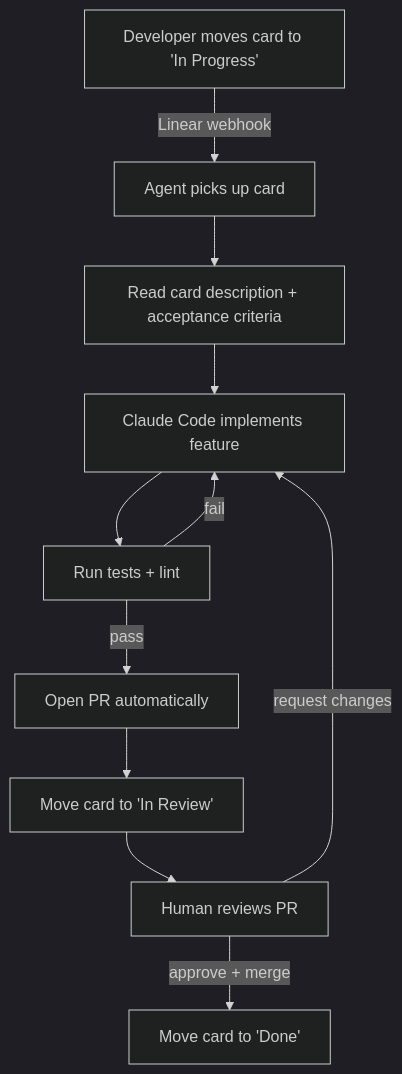
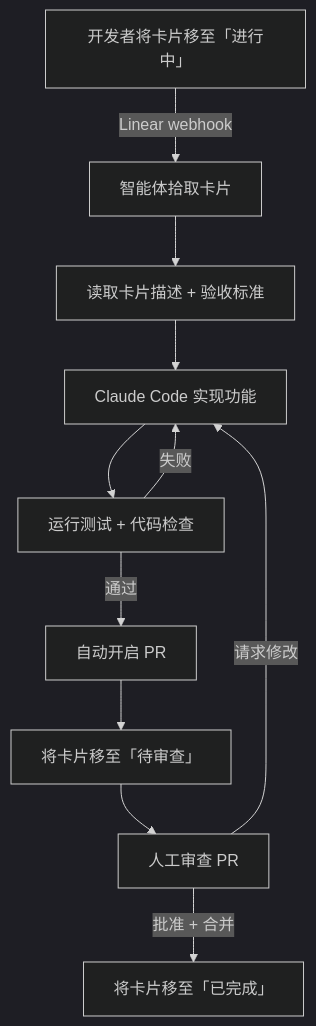
The second of 2 diagrams in claude-code/workflows/event-driven-agents.md (lawrencewzen/aispark-wiki), drawn with Mermaid (dark theme) before and after one commit. The commit also changed other lines of this file and 82 other files, not shown here.

First line of the commit message:
feat: 完成 claude-code/ 目录全量中文翻译

````diff
--- a/claude-code/workflows/event-driven-agents.md
+++ b/claude-code/workflows/event-driven-agents.md
@@ -61,13 +61,13 @@
 ```mermaid
 flowchart TD
-    A[Developer moves card to 'In Progress'] -->|Linear webhook| B[Agent picks up card]
-    B --> C[Read card description + acceptance criteria]
-    C --> D[Claude Code implements feature]
-    D --> E[Run tests + lint]
-    E -->|pass| F[Open PR automatically]
-    E -->|fail| D
-    F --> G[Move card to 'In Review']
-    G --> H[Human reviews PR]
-    H -->|approve + merge| I[Move card to 'Done']
-    H -->|request changes| D
+    A[开发者将卡片移至「进行中」] -->|Linear webhook| B[智能体拾取卡片]
+    B --> C[读取卡片描述 + 验收标准]
+    C --> D[Claude Code 实现功能]
+    D --> E[运行测试 + 代码检查]
+    E -->|通过| F[自动开启 PR]
+    E -->|失败| D
+    F --> G[将卡片移至「待审查」]
+    G --> H[人工审查 PR]
+    H -->|批准 + 合并| I[将卡片移至「已完成」]
+    H -->|请求修改| D
 ```
````
